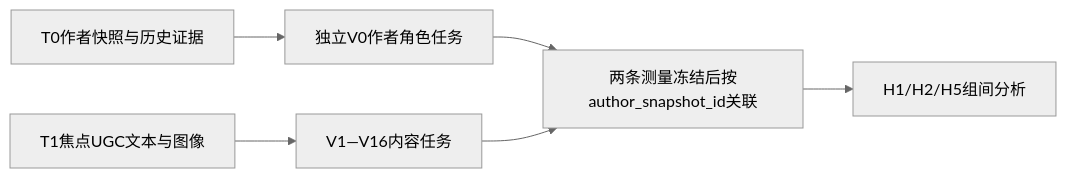
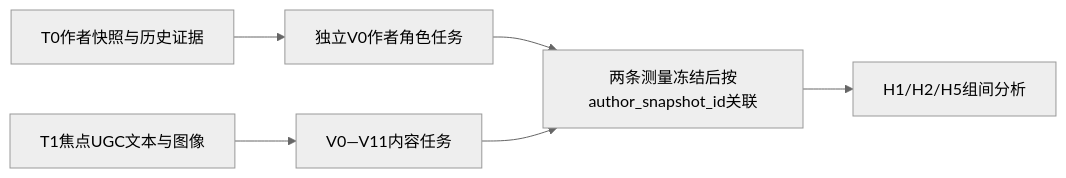
One commit to ottercoconut/tourism-ugc-study changed the second of 2 diagrams in docs/decisions/2026-08-21-KOL-KOC分类必要性与双人编码实施评估.md. Above: the diagram before and after it, drawn with Mermaid (neutral theme). The commit also changed other lines of this file and 27 other files, not shown here.

````diff
--- a/docs/decisions/2026-08-21-KOL-KOC分类必要性与双人编码实施评估.md
+++ b/docs/decisions/2026-08-21-KOL-KOC分类必要性与双人编码实施评估.md
@@ -175,8 +175,8 @@
 ```mermaid
 flowchart LR
     A["T0作者快照与历史证据"] --> B["独立V0作者角色任务"]
-    C["T1焦点UGC文本与图像"] --> D["V1—V16内容任务"]
+    C["T1焦点UGC文本与图像"] --> D["V0—V11内容任务"]
     B --> E["两条测量冻结后按author_snapshot_id关联"]
     D --> E
     E --> F["H1/H2/H5组间分析"]
 ```
````
